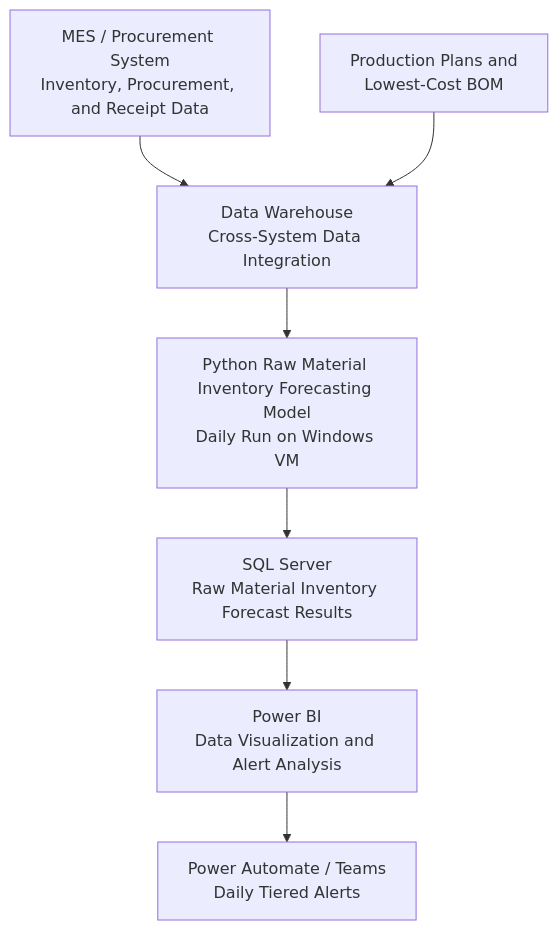
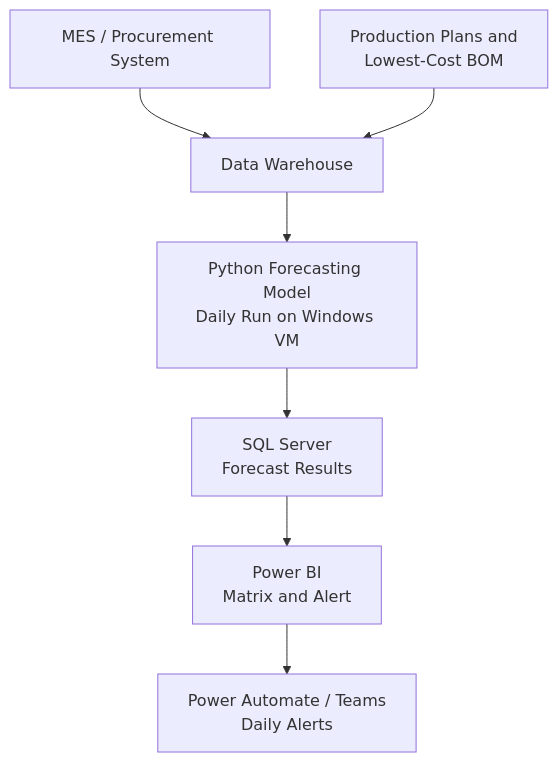
Before and after one commit to ChienChienChien/Material_Forecasting_System: the diagram in README.md, drawn with Mermaid. The commit also changed other lines of this file, not shown here.

````diff
--- a/README.md
+++ b/README.md
@@ -127,17 +113,17 @@
 ```mermaid
 flowchart TD
-    A["MES / Procurement System<br/>Inventory, Procurement, and Receipt Data"]
+    A["MES / Procurement System"]
     B["Production Plans and<br/>Lowest-Cost BOM"]
-    C["Data Warehouse<br/>Cross-System Data Integration"]
-    D["Python Raw Material Inventory Forecasting Model<br/>Daily Run on Windows VM"]
-    E["SQL Server<br/>Raw Material Inventory Forecast Results"]
-    F["Power BI<br/>Data Visualization and Alert Analysis"]
-    G["Power Automate / Teams<br/>Daily Tiered Alerts"]
+    C["Data Warehouse"]
+    D["Python Forecasting Model<br/>Daily Run on Windows VM"]
+    E["SQL Server<br/>Forecast Results"]
+    F["Power BI<br/>Matrix and Alert"]
+    G["Power Automate / Teams<br/>Daily Alerts"]
 
     A --> C
     B --> C
     C --> D
     D --> E
     E --> F
     F --> G
 ```
````
